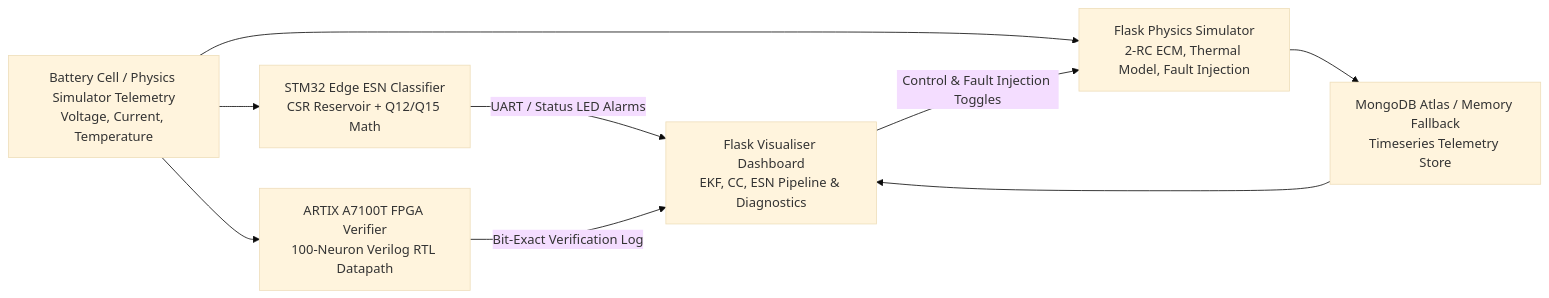
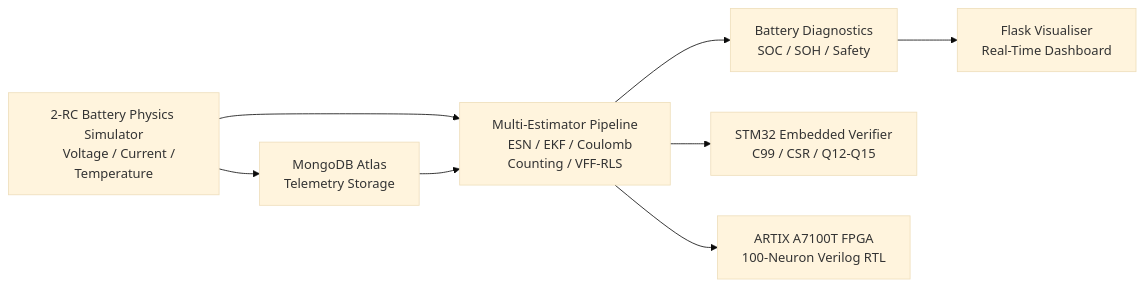
Before and after one commit to tanish-jain-225/Battery_State_Estimator_BE_Project_2026_2027: the first of 3 diagrams in README.md, drawn with Mermaid (base theme). The commit also changed other lines of this file, not shown here.

````diff
--- a/README.md
+++ b/README.md
@@ -98,18 +211,32 @@
 ```mermaid
 flowchart LR
-    Cell["Battery Cell / Physics Simulator Telemetry\nVoltage, Current, Temperature"]
-    Edge["STM32 Edge ESN Classifier\nCSR Reservoir + Q12/Q15 Math"]
-    FPGA["ARTIX A7100T FPGA Verifier\n100-Neuron Verilog RTL Datapath"]
-    Sim["Flask Physics Simulator\n2-RC ECM, Thermal Model, Fault Injection"]
-    DB["MongoDB Atlas / Memory Fallback\nTimeseries Telemetry Store"]
-    Dash["Flask Visualiser Dashboard\nEKF, CC, ESN Pipeline & Diagnostics"]
 
-    Cell --> Edge
-    Cell --> FPGA
-    Cell --> Sim
-    Edge -->|"UART / Status LED Alarms"| Dash
-    FPGA -->|"Bit-Exact Verification Log"| Dash
-    Sim --> DB
-    DB --> Dash
-    Dash -->|"Control & Fault Injection Toggles"| Sim
+    A["2-RC Battery Physics Simulator
+    Voltage / Current / Temperature"]
+
+    B["MongoDB Atlas
+    Telemetry Storage"]
+
+    C["Multi-Estimator Pipeline
+    ESN / EKF / Coulomb Counting / VFF-RLS"]
+
+    D["Battery Diagnostics
+    SOC / SOH / Safety"]
+
+    E["Flask Visualiser
+    Real-Time Dashboard"]
+
+    F["STM32 Embedded Verifier
+    C99 / CSR / Q12-Q15"]
+
+    G["ARTIX A7100T FPGA
+    100-Neuron Verilog RTL"]
+
+    A --> B
+    A --> C
+    B --> C
+    C --> D
+    D --> E
+    C --> F
+    C --> G
 ```
````
